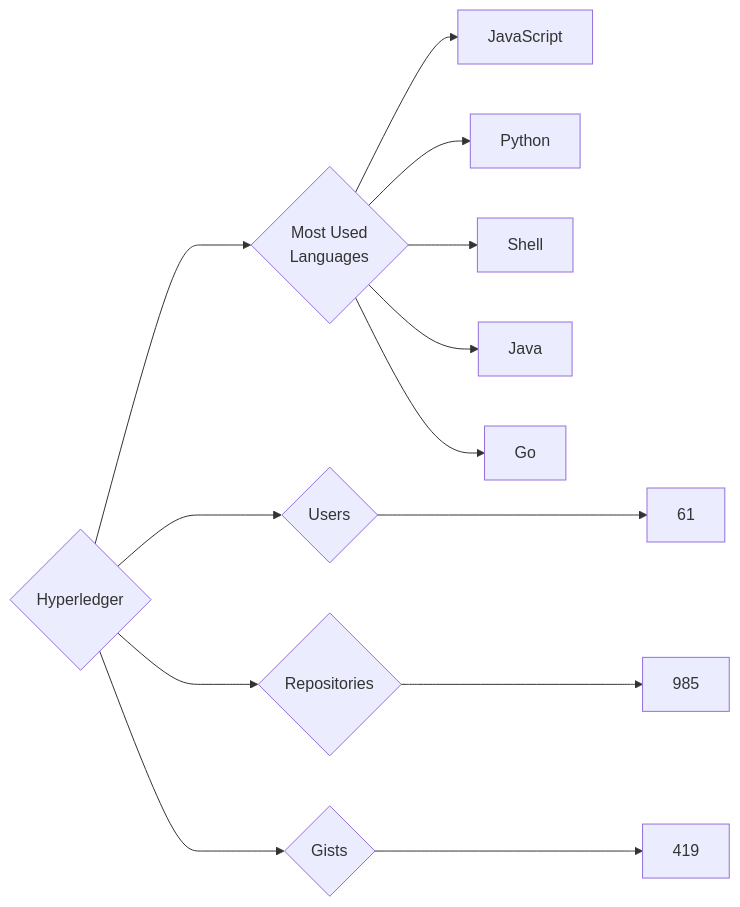
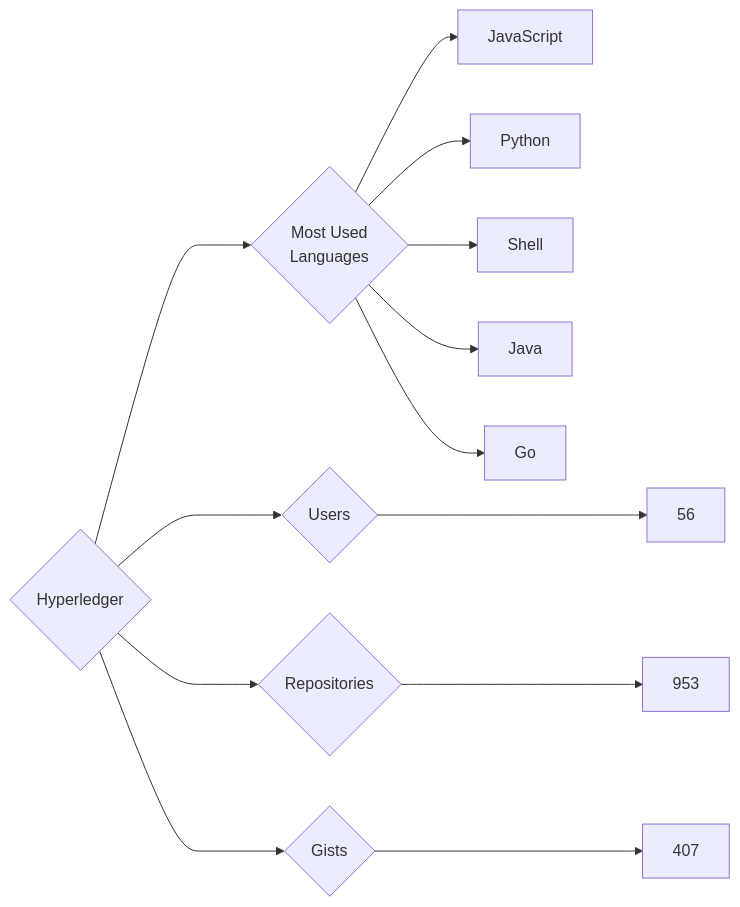
The diagram in targets/Hyperledger/README.md (trickest/insiders), drawn with Mermaid before and after one commit. The commit also changed 935 other files, not shown here.

````diff
--- a/targets/Hyperledger/README.md
+++ b/targets/Hyperledger/README.md
@@ -3,13 +3,13 @@
 ```mermaid
 graph LR
 COMPANY_NAME{Hyperledger}
-COMPANY_NAME ---> U{Users} ---> UN[61]
-COMPANY_NAME ---> R{Repositories} ---> RN[985]
-COMPANY_NAME ---> G{Gists} ---> GN[419]
+COMPANY_NAME ---> U{Users} ---> UN[56]
+COMPANY_NAME ---> R{Repositories} ---> RN[953]
+COMPANY_NAME ---> G{Gists} ---> GN[407]
 COMPANY_NAME ---> ML{Most Used<br>Languages}
 ML --> JavaScript[JavaScript]
 ML --> Python[Python]
 ML --> Shell[Shell]
 ML --> Java[Java]
 ML --> Go[Go]
 ```
````
